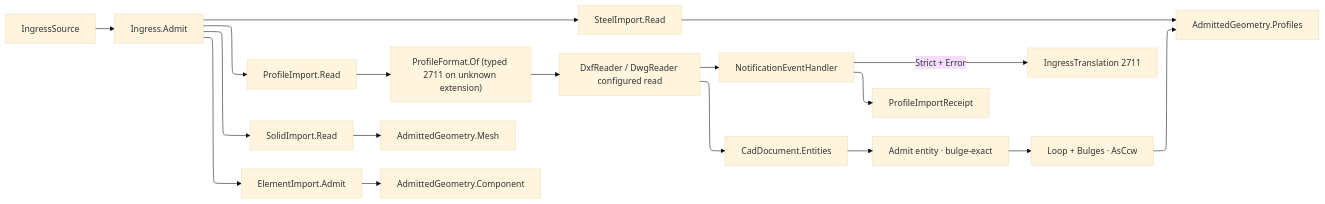
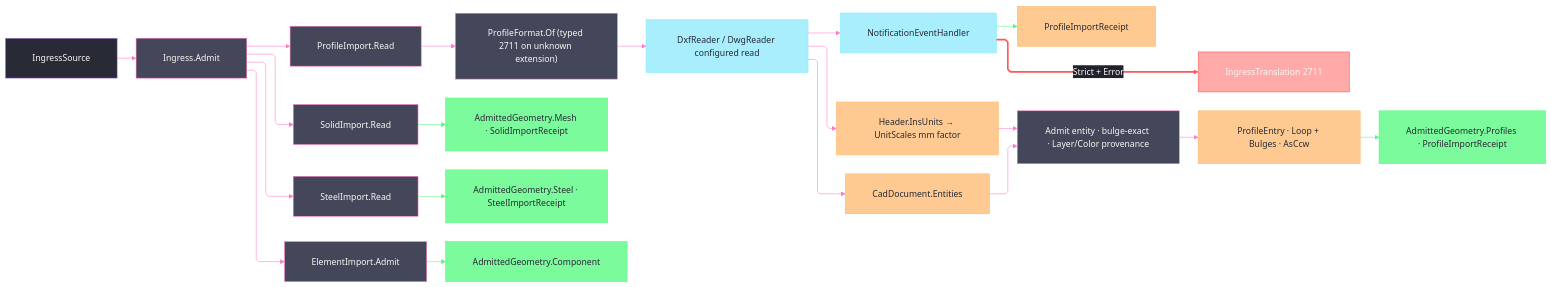
One commit to bsamiee/Rasm changed the diagram in libs/csharp/Rasm.Fabrication/.planning/Ingress/profile.md. Above: the diagram before and after it, drawn with Mermaid. The commit also changed other lines of this file and 128 other files, not shown here.

First line of the commit message:
snapshot: Fabrication rebuild-run corpus landed + fleet one-fable-seat collapse + pr-loop universal rebuild, mid clean-refactor

````diff
--- a/libs/csharp/Rasm.Fabrication/.planning/Ingress/profile.md
+++ b/libs/csharp/Rasm.Fabrication/.planning/Ingress/profile.md
@@ -205,25 +277,65 @@
 ```mermaid
 ---
 config:
+  theme: base
+  look: classic
   layout: elk
-  theme: base
+  flowchart:
+    curve: linear
+    padding: 25
+  themeVariables:
+    darkMode: true
+    fontFamily: "SF Mono, Menlo, Cascadia Mono, Segoe UI Mono, Consolas, monospace"
+    useGradient: false
+    dropShadow: "none"
+    primaryColor: "#44475A"
+    primaryTextColor: "#F8F8F2"
+    primaryBorderColor: "#BD93F9"
+    lineColor: "#FF79C6"
+    textColor: "#F8F8F2"
+    titleColor: "#D6BCFA"
+    clusterBkg: "#21222C"
+    clusterBorder: "#D6BCFA"
+    edgeLabelBackground: "#21222C"
+    labelBackgroundColor: "#21222C"
+  themeCSS: ".nodeLabel{font-size:13px;font-weight:500}.edgeLabel{font-size:12px;font-weight:500}.cluster-label .nodeLabel{font-size:13.5px;font-weight:700;letter-spacing:.08em}.edge-thickness-normal{stroke-width:2px}.edge-thickness-thick{stroke-width:3px}.edge-pattern-dashed,.edge-pattern-dotted{stroke-width:1.5px;stroke-dasharray:4 6}.node rect,.node circle,.node polygon,.node path,.node .outer-path{stroke-width:1.5px;filter:none!important}.cluster rect{stroke-width:1px!important;stroke-dasharray:5 4!important;filter:none!important}.marker path{transform:scale(.8);transform-origin:5px 5px}.marker circle{transform:scale(.48);transform-origin:5px 5px}.edgeLabel rect{transform-box:fill-box;transform-origin:center;transform:scale(1.1,1.2)}"
 ---
 flowchart LR
+    accTitle: Unified fabrication-ingress dispatch
+    accDescr: One policy-bearing source union dispatches to profile, solid, steel, or element admission, profile format and entity lowering preserve provider notifications, strict errors become typed faults, and every successful arm returns evidence-bearing admitted geometry.
     Source["IngressSource"] --> Dispatch["Ingress.Admit"]
     Dispatch --> Profile["ProfileImport.Read"]
     Dispatch --> Solid["SolidImport.Read"]
     Dispatch --> Steel["SteelImport.Read"]
     Dispatch --> Element["ElementImport.Admit"]
     Profile --> Format["ProfileFormat.Of (typed 2711 on unknown extension)"]
     Format --> Open["DxfReader / DwgReader configured read"]
     Open --> Notify["NotificationEventHandler"]
-    Notify --> Receipt["ProfileImportReceipt"]
-    Notify -->|"Strict + Error"| Fault["IngressTranslation 2711"]
+    Notify eReceipt@--> Receipt["ProfileImportReceipt"]
+    Notify eFault@-->|"Strict + Error"| Fault["IngressTranslation 2711"]
+    Open --> Units["Header.InsUnits → UnitScales mm factor"]
     Open --> Entities["CadDocument.Entities"]
-    Entities --> Admit["Admit entity · bulge-exact"]
-    Admit --> Loop["Loop + Bulges · AsCcw"]
-    Loop --> Profiles["AdmittedGeometry.Profiles"]
-    Solid --> Mesh["AdmittedGeometry.Mesh"]
-    Steel --> Profiles
-    Element --> Component["AdmittedGeometry.Component"]
+    Units --> Admit
+    Entities --> Admit["Admit entity · bulge-exact · Layer/Color provenance"]
+    Admit --> Loop["ProfileEntry · Loop + Bulges · AsCcw"]
+    Loop eProfiles@--> Profiles["AdmittedGeometry.Profiles · ProfileImportReceipt"]
+    Solid eMesh@--> Mesh["AdmittedGeometry.Mesh · SolidImportReceipt"]
+    Steel eSteel@--> SteelOut["AdmittedGeometry.Steel · SteelImportReceipt"]
+    Element eComponent@--> Component["AdmittedGeometry.Component"]
+    classDef primary fill:#44475A,stroke:#FF79C6,color:#F8F8F2
+    classDef boundary fill:#282A36,stroke:#BD93F9,color:#F8F8F2
+    classDef success fill:#50FA7BBF,stroke:#50FA7B,color:#282A36
+    classDef error fill:#FF555580,stroke:#FF5555,color:#F8F8F2
+    classDef external fill:#8BE9FDBF,stroke:#8BE9FD,color:#282A36
+    classDef data fill:#FFB86CBF,stroke:#FFB86C,color:#282A36
+    classDef edgeSuccess stroke:#50FA7B,color:#F8F8F2
+    classDef edgeError stroke:#FF5555,stroke-width:3px,color:#F8F8F2
+    class Source boundary
+    class Dispatch,Profile,Solid,Steel,Element,Format,Admit primary
+    class Open,Notify external
+    class Receipt,Entities,Units,Loop data
+    class Profiles,Mesh,SteelOut,Component success
+    class Fault error
+    class eFault edgeError
+    class eReceipt,eProfiles,eMesh,eSteel,eComponent edgeSuccess
 ```
````
